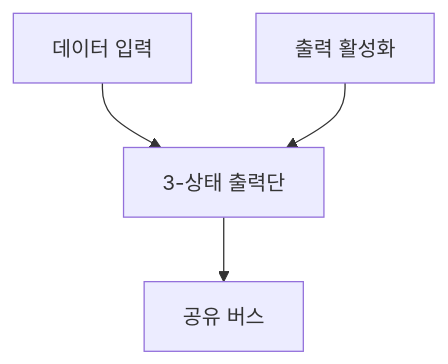
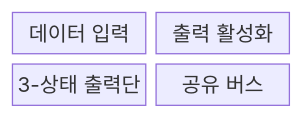
One commit to agnusdei1207/knowledge-base changed the first of 2 diagrams in src/content/docs/notes/02-hardware/037_tri_state_buffer.md. Above: the diagram before and after it, drawn with Mermaid. The commit also changed other lines of this file and 20 other files, not shown here.

````diff
--- a/src/content/docs/notes/02-hardware/037_tri_state_buffer.md
+++ b/src/content/docs/notes/02-hardware/037_tri_state_buffer.md
@@ -63,6 +61,8 @@
 ```mermaid
-flowchart TB
-    D["데이터 입력"] --> T["3-상태 출력단"]
-    E["출력 활성화"] --> T
-    T --> B["공유 버스"]
+block
+    columns 2
+    D["데이터 입력"]
+    E["출력 활성화"]
+    T["3-상태 출력단"]
+    B["공유 버스"]
 ```
````
